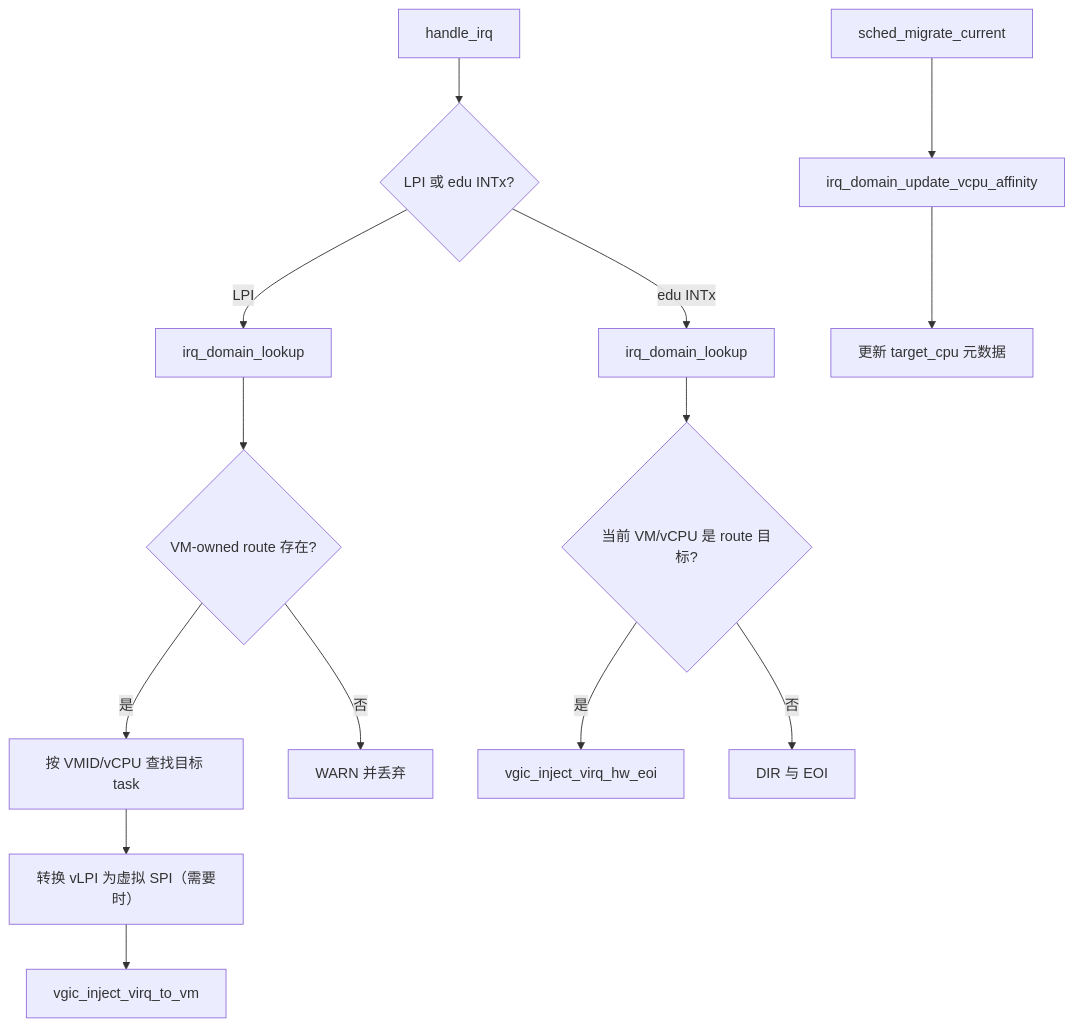
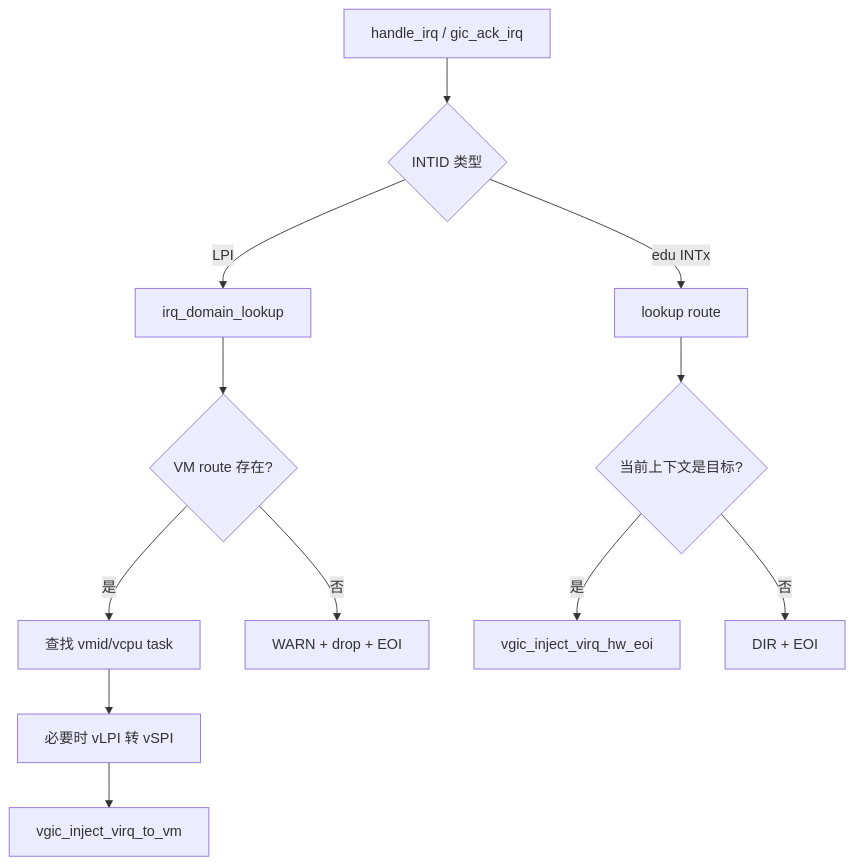
One commit to huangtan203/avisor changed the fifth of 6 diagrams in docs/Phase104_IRQ_ownership与路由域_详细设计文档.md. Above: the diagram before and after it, drawn with Mermaid. The commit also changed other lines of this file, not shown here.

Commit message:
docs(irq): rebuild Phase 104 ownership design

````diff
--- a/docs/Phase104_IRQ_ownership与路由域_详细设计文档.md
+++ b/docs/Phase104_IRQ_ownership与路由域_详细设计文档.md
@@ -68,16 +107,14 @@
 ```mermaid
 flowchart TD
-    A[handle_irq] --> B{LPI 或 edu INTx?}
+    A[handle_irq / gic_ack_irq] --> B{INTID 类型}
     B -->|LPI| C[irq_domain_lookup]
-    C --> D{VM-owned route 存在?}
-    D -->|是| E[按 VMID/vCPU 查找目标 task]
-    E --> F[转换 vLPI 为虚拟 SPI（需要时）]
+    C --> D{VM route 存在?}
+    D -->|是| E[查找 vmid/vcpu task]
+    E --> F[必要时 vLPI 转 vSPI]
     F --> G[vgic_inject_virq_to_vm]
-    D -->|否| H[WARN 并丢弃]
-    B -->|edu INTx| I[irq_domain_lookup]
-    I --> J{当前 VM/vCPU 是 route 目标?}
+    D -->|否| H[WARN + drop + EOI]
+    B -->|edu INTx| I[lookup route]
+    I --> J{当前上下文是目标?}
     J -->|是| K[vgic_inject_virq_hw_eoi]
-    J -->|否| L[DIR 与 EOI]
-    M[sched_migrate_current] --> N[irq_domain_update_vcpu_affinity]
-    N --> O[更新 target_cpu 元数据]
+    J -->|否| L[DIR + EOI]
 ```
````
